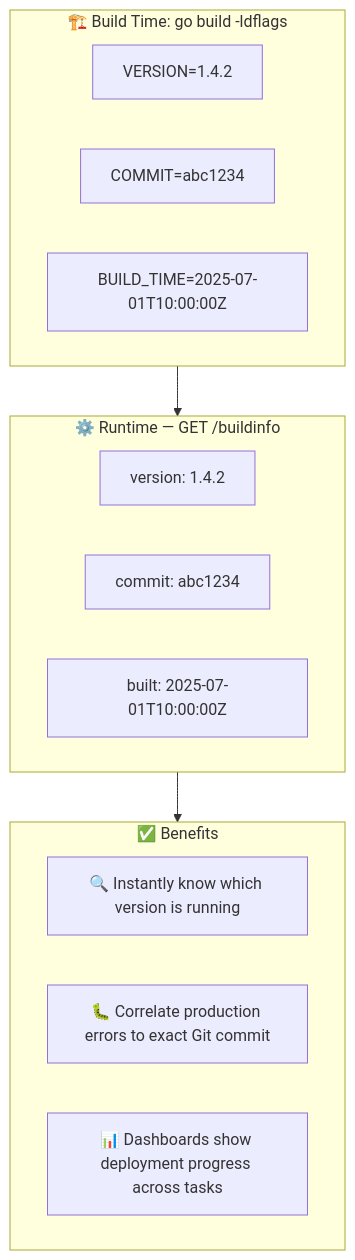
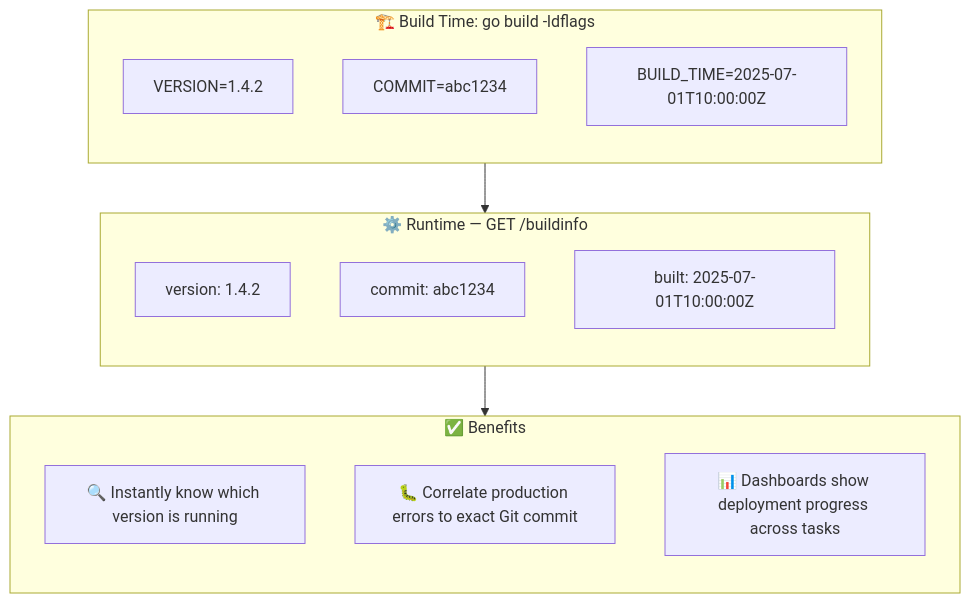
The fourth of 6 diagrams in internal/fundamentals/api-lifecycle-and-deployment/03-containerisation.md (romangurevitch/GoTraining), drawn with Mermaid before and after one commit. The commit also changed other lines of this file and 20 other files, not shown here.

````diff
--- a/internal/fundamentals/api-lifecycle-and-deployment/03-containerisation.md
+++ b/internal/fundamentals/api-lifecycle-and-deployment/03-containerisation.md
@@ -87,22 +89,25 @@
 ```mermaid
-graph TB
+graph TD
     subgraph BuildTime["🏗️ Build Time: go build -ldflags"]
+        direction TB
         LD1["VERSION=1.4.2"]
         LD2["COMMIT=abc1234"]
         LD3["BUILD_TIME=2025-07-01T10:00:00Z"]
     end
 
     subgraph Runtime["⚙️ Runtime — GET /buildinfo"]
+        direction TB
         RT1["version: 1.4.2"]
         RT2["commit: abc1234"]
         RT3["built: 2025-07-01T10:00:00Z"]
     end
 
     subgraph Benefits["✅ Benefits"]
+        direction TB
         BN1["🔍 Instantly know which version is running"]
         BN2["🐛 Correlate production errors to exact Git commit"]
         BN3["📊 Dashboards show deployment progress across tasks"]
     end
 
     BuildTime --> Runtime --> Benefits
 ```
````
